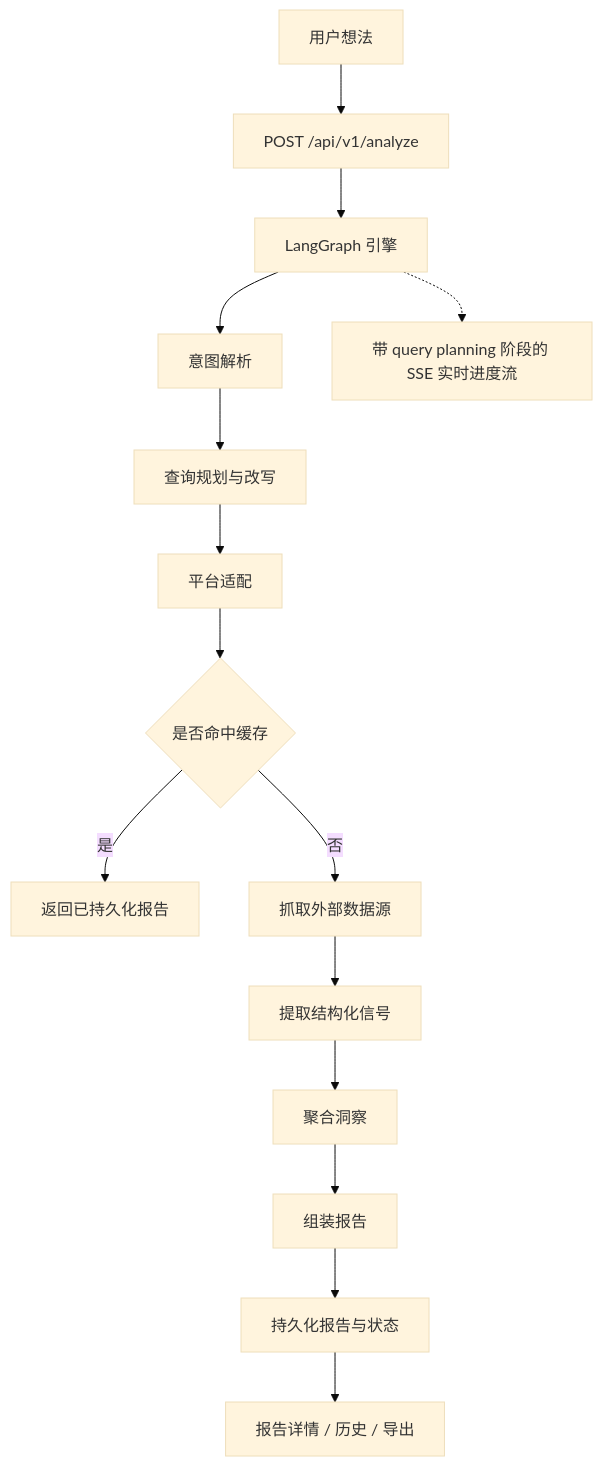
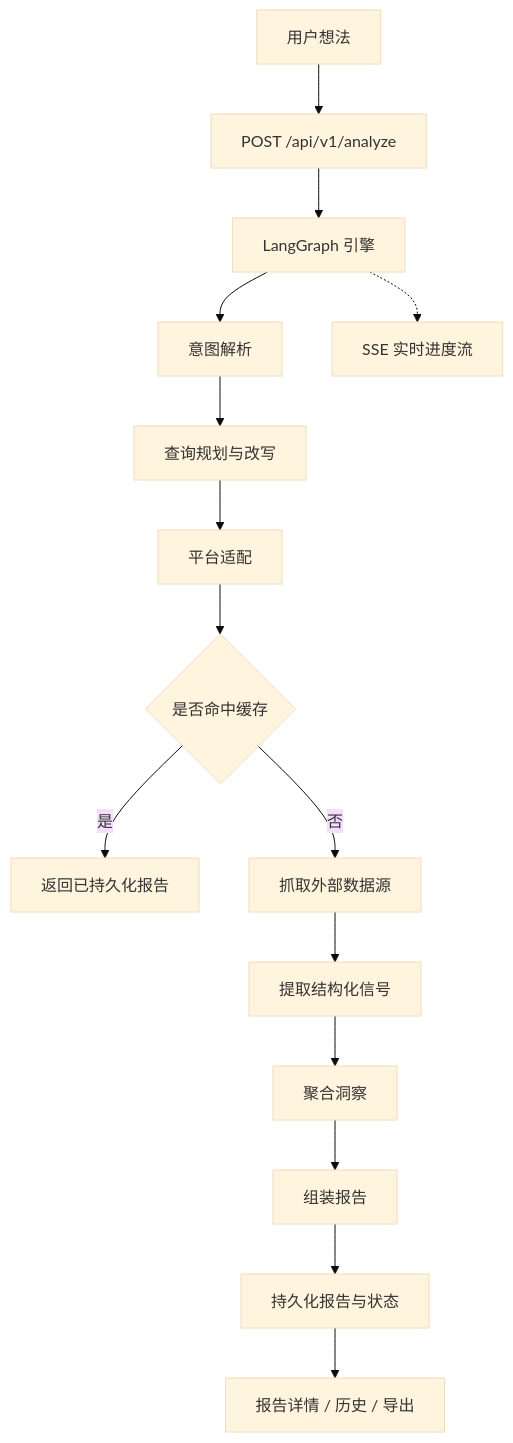
One commit to Tendo33/IdeaGo changed the diagram in README_CN.md. Above: the diagram before and after it, drawn with Mermaid (base theme). The commit also changed other lines of this file and 11 other files, not shown here.

````diff
--- a/README_CN.md
+++ b/README_CN.md
@@ -175,17 +193,17 @@
 ```mermaid
 flowchart TD
     A["用户想法"] --> B["POST /api/v1/analyze"]
     B --> C["LangGraph 引擎"]
     C --> D["意图解析"]
     D --> E["查询规划与改写"]
     E --> F["平台适配"]
     F --> G{"是否命中缓存"}
     G -->|是| H["返回已持久化报告"]
     G -->|否| I["抓取外部数据源"]
     I --> J["提取结构化信号"]
     J --> K["聚合洞察"]
     K --> L["组装报告"]
     L --> M["持久化报告与状态"]
     M --> N["报告详情 / 历史 / 导出"]
-    C -.-> O["带 query planning 阶段的 SSE 实时进度流"]
+    C -.-> O["SSE 实时进度流"]
 ```
````
